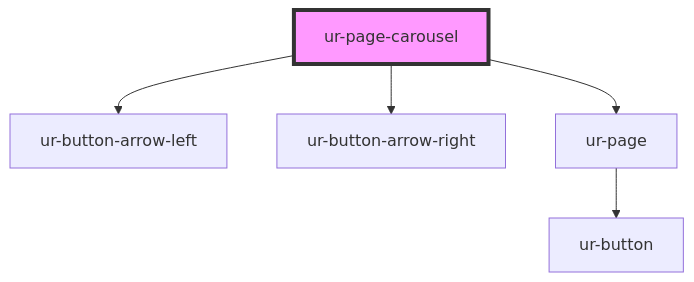
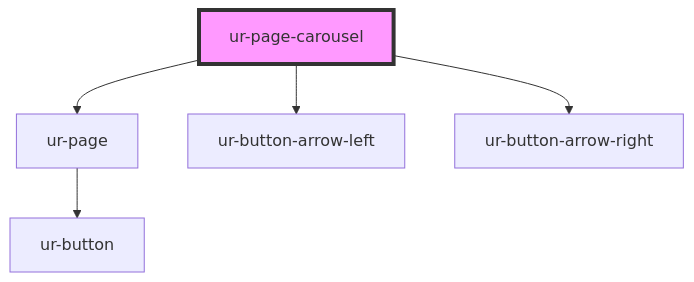
The diagram in src/components/ur-page-carousel/readme.md (hellish/urnovl-web-components), drawn with Mermaid before and after one commit. The commit also changed other lines of this file and 3 other files, not shown here.

````diff
--- a/src/components/ur-page-carousel/readme.md
+++ b/src/components/ur-page-carousel/readme.md
@@ -38,8 +86,8 @@
 ```mermaid
 graph TD;
+  ur-page-carousel --> ur-page
   ur-page-carousel --> ur-button-arrow-left
   ur-page-carousel --> ur-button-arrow-right
-  ur-page-carousel --> ur-page
   ur-page --> ur-button
   style ur-page-carousel fill:#f9f,stroke:#333,stroke-width:4px
 ```
````
